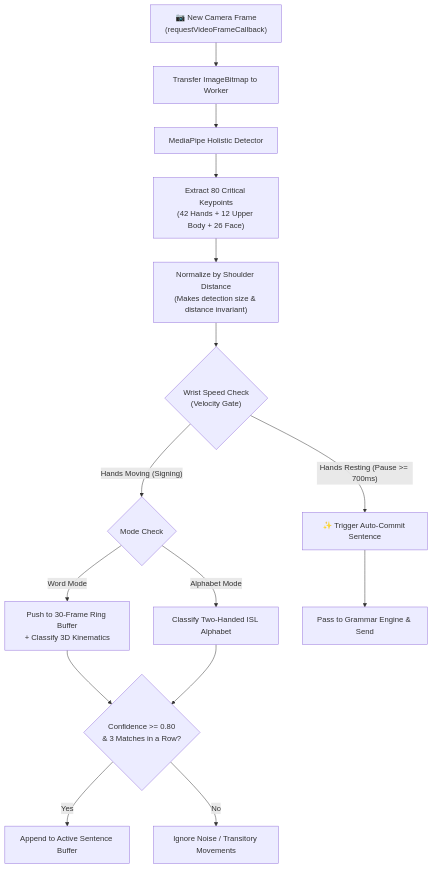
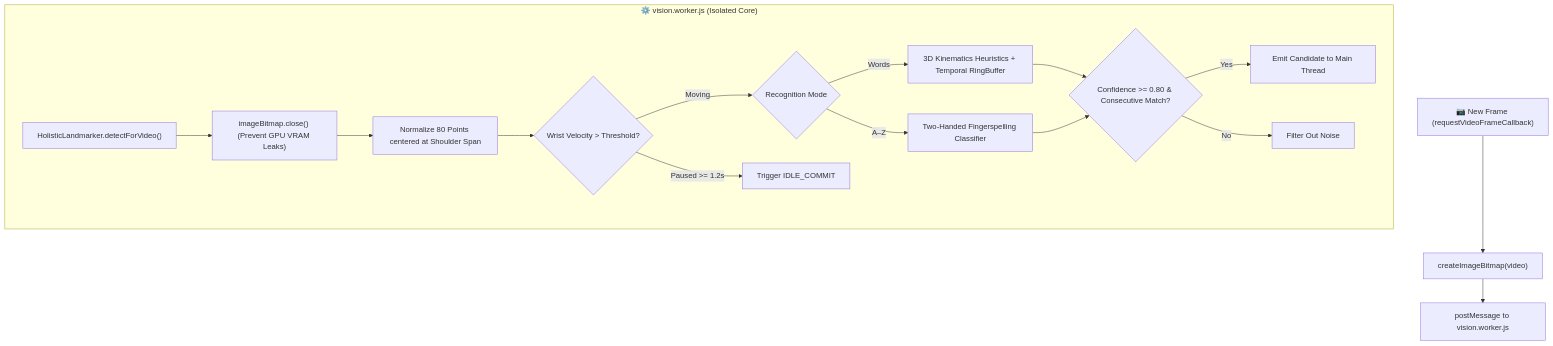
One commit to vickysahuhere/signbridge changed the third of 5 diagrams in README.md. Above: the diagram before and after it, drawn with Mermaid. The commit also changed other lines of this file and 12 other files, not shown here.

Commit message:
perf(vision): dynamic face gating - bypass 478-pt face mesh for non-facial signs for 60fps tracking

````diff
--- a/README.md
+++ b/README.md
@@ -172,23 +194,26 @@
 ```mermaid
 flowchart TD
-    F["📷 New Camera Frame\n(requestVideoFrameCallback)"] --> W["Transfer ImageBitmap to Worker"]
-    W --> H["MediaPipe Holistic Detector"]
+    Frame["📷 New Frame (requestVideoFrameCallback)"] --> Bitmap["createImageBitmap(video)"]
+    Bitmap --> Post["postMessage to vision.worker.js"]
     
-    H --> S["Extract 80 Critical Keypoints\n(42 Hands + 12 Upper Body + 26 Face)"]
-    S --> N["Normalize by Shoulder Distance\n(Makes detection size & distance invariant)"]
+    subgraph BackgroundWorker["⚙️ vision.worker.js (Isolated Core)"]
+        Detect["HolisticLandmarker.detectForVideo()"]
+        CloseBM["imageBitmap.close() (Prevent GPU VRAM Leaks)"]
+        Extract["Normalize 80 Points centered at Shoulder Span"]
+        VCheck{"Wrist Velocity > Threshold?"}
+        
+        VCheck -- "Moving" --> Mode{"Recognition Mode"}
+        Mode -- "Words" --> WordClass["3D Kinematics Heuristics + Temporal RingBuffer"]
+        Mode -- "A–Z" --> AlphaClass["Two-Handed Fingerspelling Classifier"]
+        
+        WordClass --> GateCheck{"Confidence >= 0.80 & Consecutive Match?"}
+        AlphaClass --> GateCheck
+        
+        GateCheck -- Yes --> Emit["Emit Candidate to Main Thread"]
+        GateCheck -- No --> Filter["Filter Out Noise"]
+        
+        VCheck -- "Paused >= 1.2s" --> AutoCommit["Trigger IDLE_COMMIT"]
+    end
     
-    N --> V{"Wrist Speed Check\n(Velocity Gate)"}
-    
-    V -- "Hands Moving (Signing)" --> M{"Mode Check"}
-    M -- "Word Mode" --> Ring["Push to 30-Frame Ring Buffer\n+ Classify 3D Kinematics"]
-    M -- "Alphabet Mode" --> Alpha["Classify Two-Handed ISL Alphabet"]
-    
-    Ring --> Gate{"Confidence >= 0.80\n& 3 Matches in a Row?"}
-    Alpha --> Gate
-    
-    Gate -- Yes --> Add["Append to Active Sentence Buffer"]
-    Gate -- No --> Ignore["Ignore Noise / Transitory Movements"]
-    
-    V -- "Hands Resting (Pause >= 700ms)" --> AutoCommit["✨ Trigger Auto-Commit Sentence"]
-    AutoCommit --> Gram["Pass to Grammar Engine & Send"]
+    Detect --> CloseBM --> Extract --> VCheck
 ```
````
